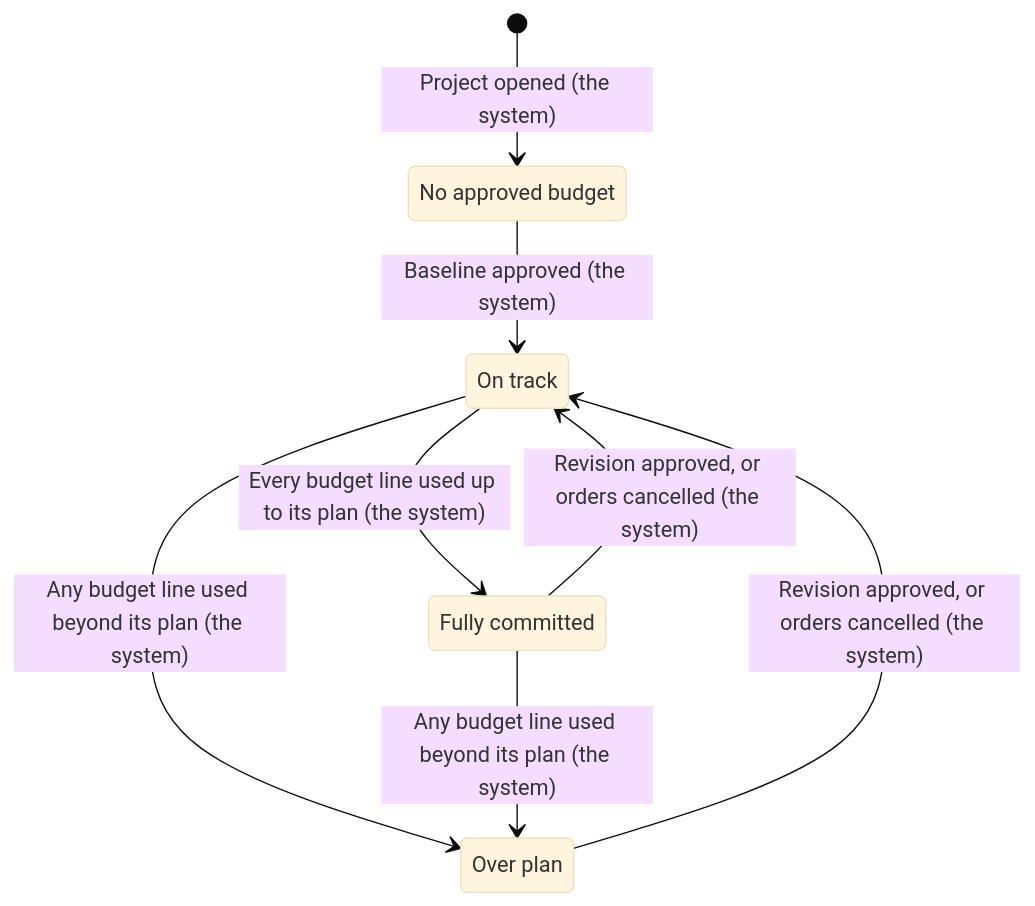
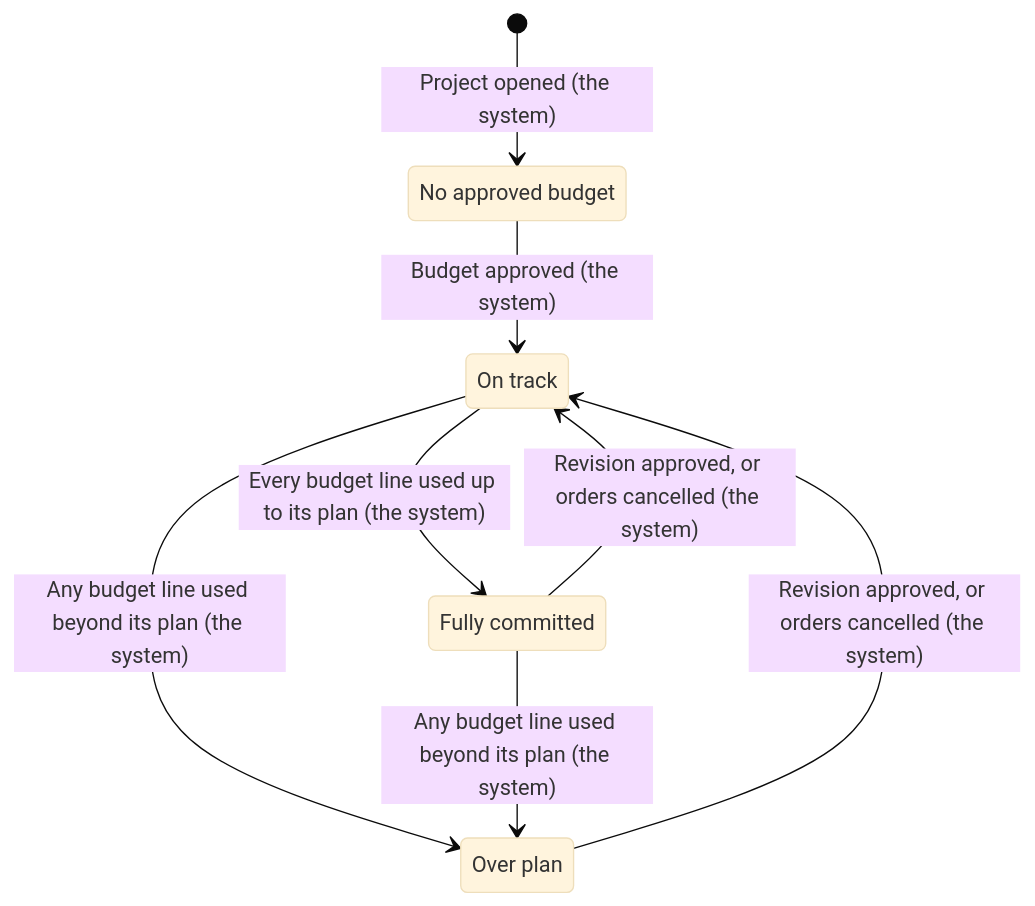
Before and after one commit to dennokorir/tritel_erp_training: the first of 2 diagrams in training-portal/src/content/docs/projects/workflows/budget-status.mdx, drawn with Mermaid (base theme). The commit also changed other lines of this file and 146 other files, not shown here.

````diff
--- a/training-portal/src/content/docs/projects/workflows/budget-status.mdx
+++ b/training-portal/src/content/docs/projects/workflows/budget-status.mdx
@@ -27,15 +31,15 @@
 ```mermaid
 stateDiagram-v2
 %% docs-sync: shows tritel_project_delivery:field:project.project.track_committed, tritel_project_delivery:model:project.delivery.baseline.line, tritel_project_delivery:model:project.delivery.commitment, tritel_project_delivery:selection:project.project.delivery_baseline_state, tritel_project_delivery:view_ext:project.edit_project:button:committed
   state "No approved budget" as none
   state "On track" as ontrack
   state "Fully committed" as full
   state "Over plan" as over
   [*] --> none: Project opened (the system)
-  none --> ontrack: Baseline approved (the system)
+  none --> ontrack: Budget approved (the system)
   ontrack --> full: Every budget line used up to its plan (the system)
   ontrack --> over: Any budget line used beyond its plan (the system)
   full --> over: Any budget line used beyond its plan (the system)
   over --> ontrack: Revision approved, or orders cancelled (the system)
   full --> ontrack: Revision approved, or orders cancelled (the system)
 ```
````
